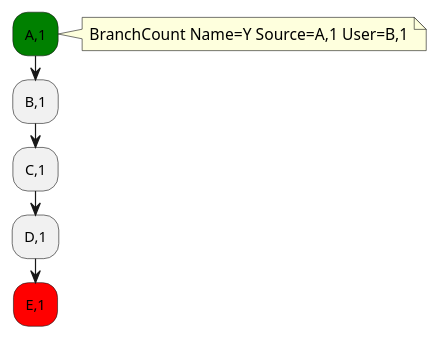
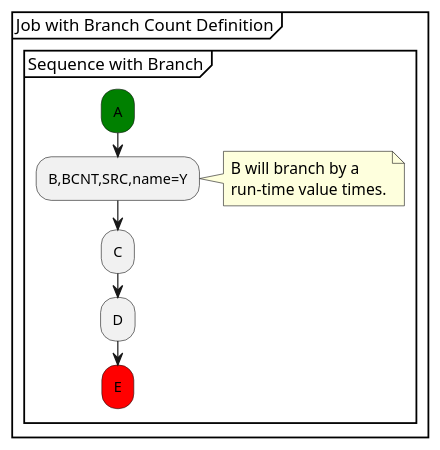
One commit to xtuml/munin changed the diagram in models/SequenceVerificationDataCentric/puml/Tutorial_16.puml. Above: the diagram before and after it, drawn with PlantUML. The commit also changed 7 other files, not shown here.

```diff
--- a/models/SequenceVerificationDataCentric/puml/Tutorial_16.puml
+++ b/models/SequenceVerificationDataCentric/puml/Tutorial_16.puml
@@ -7,10 +7,15 @@
 @startuml 
-      #green:A,1;
+partition "Job with Branch Count Definition" {
+  group "Sequence with Branch"
+      #green:A;
+      :B,BCNT,SRC,name=Y;
       note right 
-        BranchCount Name=Y Source=A,1 User=B,1
-      end note  
-      :B,1;
-      :C,1;
-      :D,1;
-      #red:E,1;
+        B will branch by a
+        run-time value times.
+      end note
+      :C;
+      :D;
+      #red:E;
+  end group
+}
 @enduml
```
